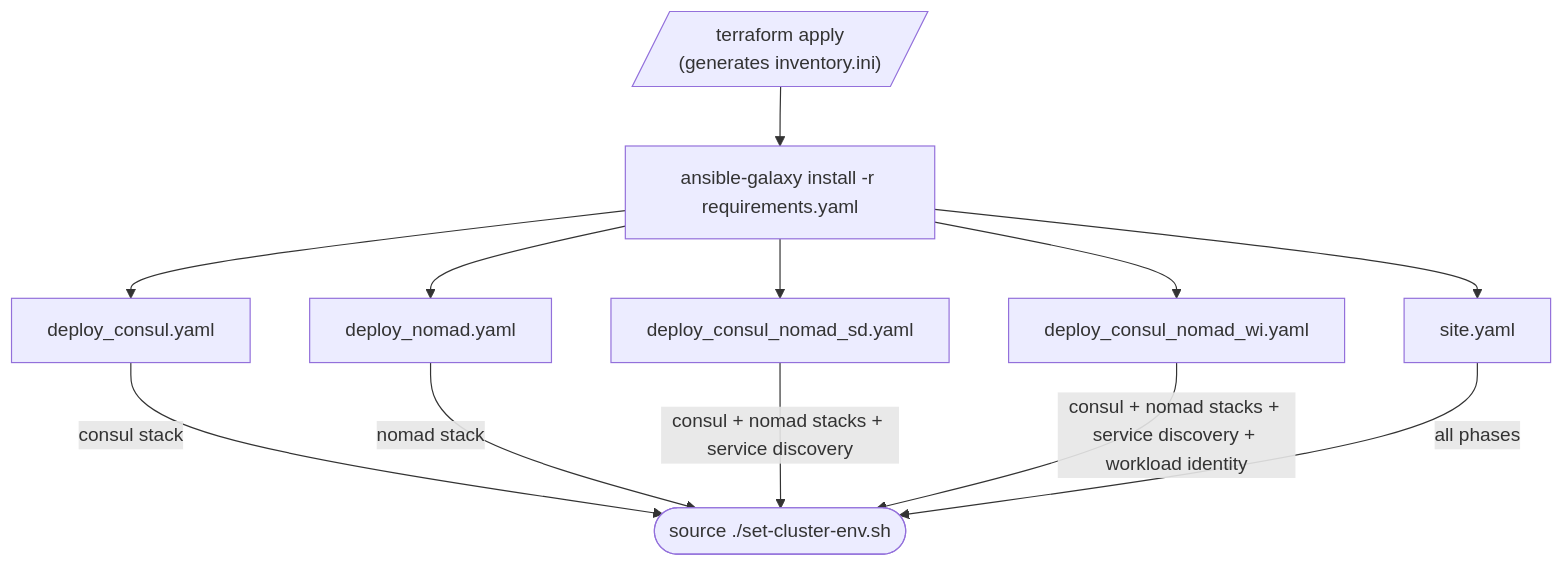
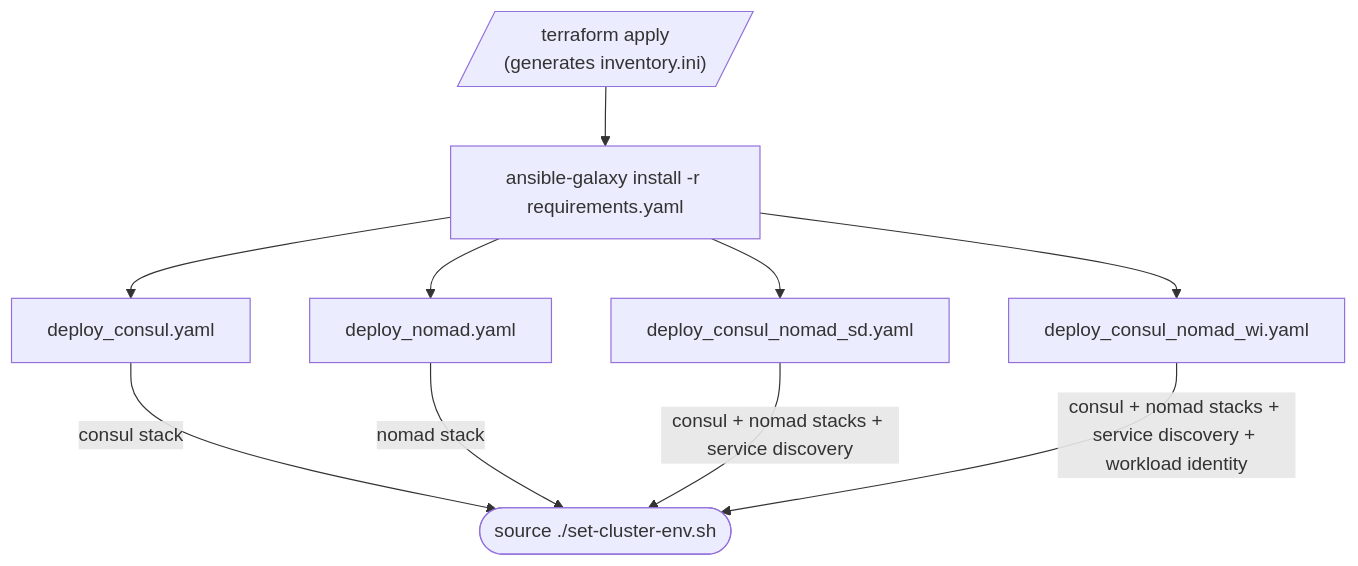
The diagram in ansible/PLAYBOOKS-README.md (aimeeu/nomad-infra), drawn with Mermaid before and after one commit. The commit also changed 10 other files, not shown here.

Commit message:
update readme to remove site.yaml

````diff
--- a/ansible/PLAYBOOKS-README.md
+++ b/ansible/PLAYBOOKS-README.md
@@ -18,18 +18,16 @@
 ```mermaid
 flowchart TD
     TF[/"terraform apply\n(generates inventory.ini)"/]
     DEPS["ansible-galaxy install -r requirements.yaml"]
     TF --> DEPS
 
     DEPS --> D1["deploy_consul.yaml"]
     DEPS --> D2["deploy_nomad.yaml"]
     DEPS --> D3["deploy_consul_nomad_sd.yaml"]
     DEPS --> D4["deploy_consul_nomad_wi.yaml"]
-    DEPS --> S["site.yaml"]
 
     D1 -->|"consul stack"| ENV
     D2 -->|"nomad stack"| ENV
     D3 -->|"consul + nomad stacks + service discovery"| ENV
-    D4 -->|"consul + nomad stacks + service discovery + workload identity"| ENV
-    S -->|"all phases"| ENV(["source ./set-cluster-env.sh"])
+    D4 -->|"consul + nomad stacks + service discovery + workload identity"| ENV(["source ./set-cluster-env.sh"])
 ```
````
